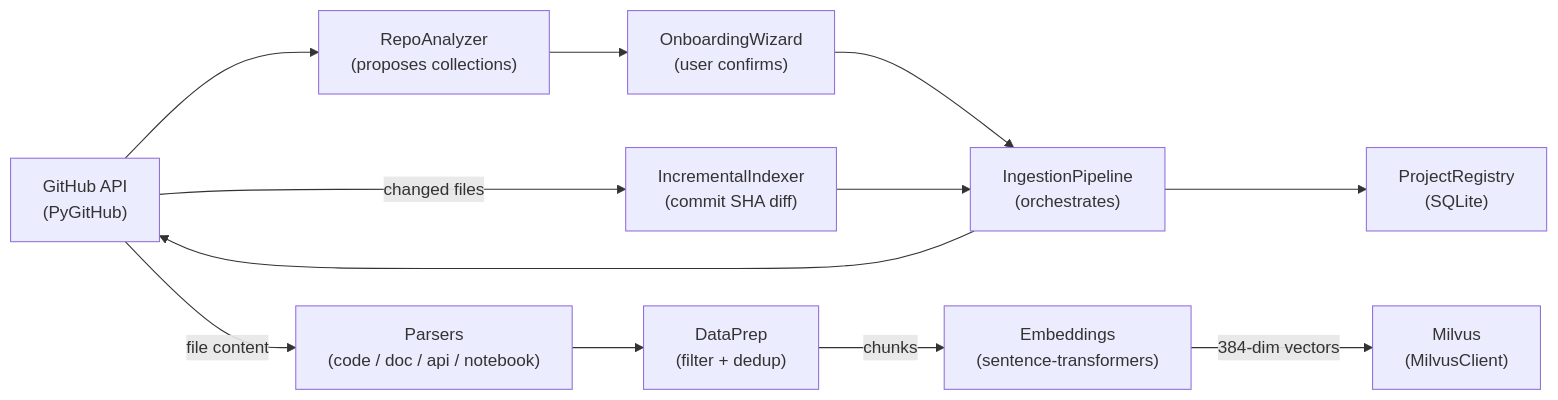
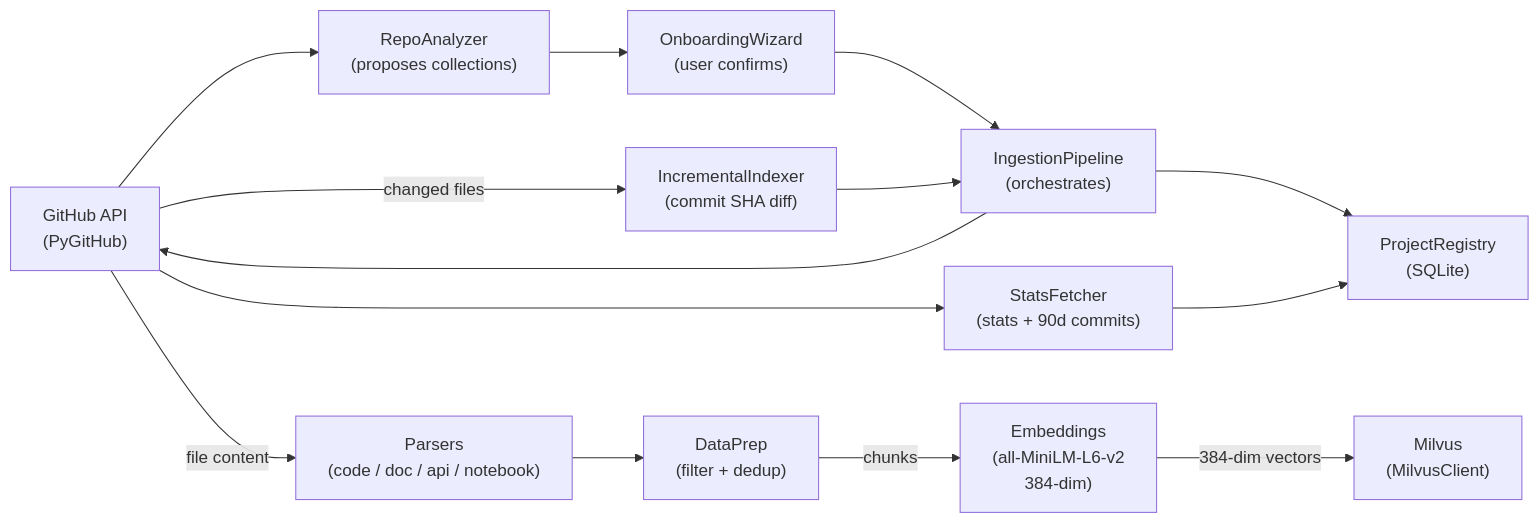
Before and after one commit to PDR-Associates/project-explorer: the second of 6 diagrams in docs/Architecture.md, drawn with Mermaid. The commit also changed other lines of this file and 34 other files, not shown here.

````diff
--- a/docs/Architecture.md
+++ b/docs/Architecture.md
@@ -57,26 +68,30 @@
 ```mermaid
 flowchart LR
     GH["GitHub API\n(PyGitHub)"]
     Analyzer["RepoAnalyzer\n(proposes collections)"]
     Wizard["OnboardingWizard\n(user confirms)"]
     Pipeline["IngestionPipeline\n(orchestrates)"]
     Parsers["Parsers\n(code / doc / api / notebook)"]
     DataPrep["DataPrep\n(filter + dedup)"]
-    Embed["Embeddings\n(sentence-transformers)"]
+    Embed["Embeddings\n(all-MiniLM-L6-v2\n384-dim)"]
     MilvusStore["Milvus\n(MilvusClient)"]
     Registry["ProjectRegistry\n(SQLite)"]
+    Stats["StatsFetcher\n(stats + 90d commits)"]
 
     GH --> Analyzer
     Analyzer --> Wizard
     Wizard --> Pipeline
     Pipeline --> GH
     GH -->|file content| Parsers
     Parsers --> DataPrep
     DataPrep -->|chunks| Embed
     Embed -->|384-dim vectors| MilvusStore
     Pipeline --> Registry
 
+    GH --> Stats
+    Stats --> Registry
+
     IncrementalIndexer["IncrementalIndexer\n(commit SHA diff)"]
     GH -->|changed files| IncrementalIndexer
     IncrementalIndexer --> Pipeline
 ```
````
